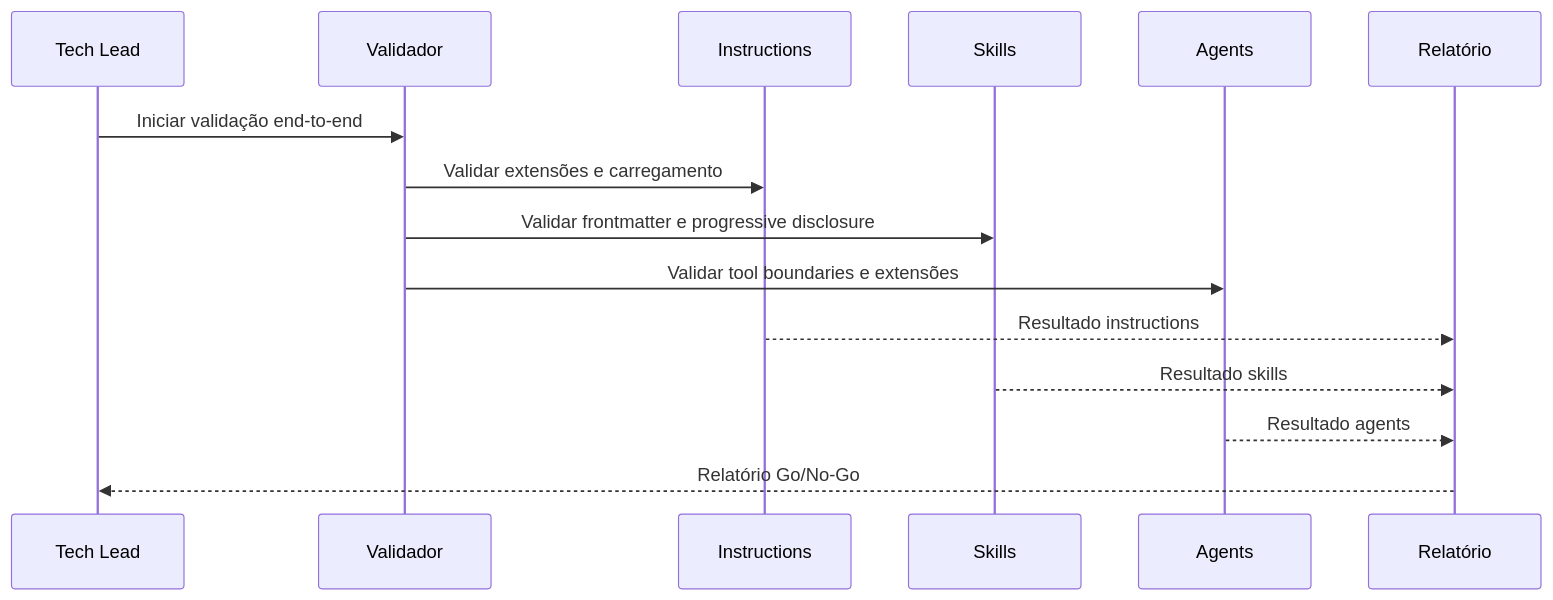
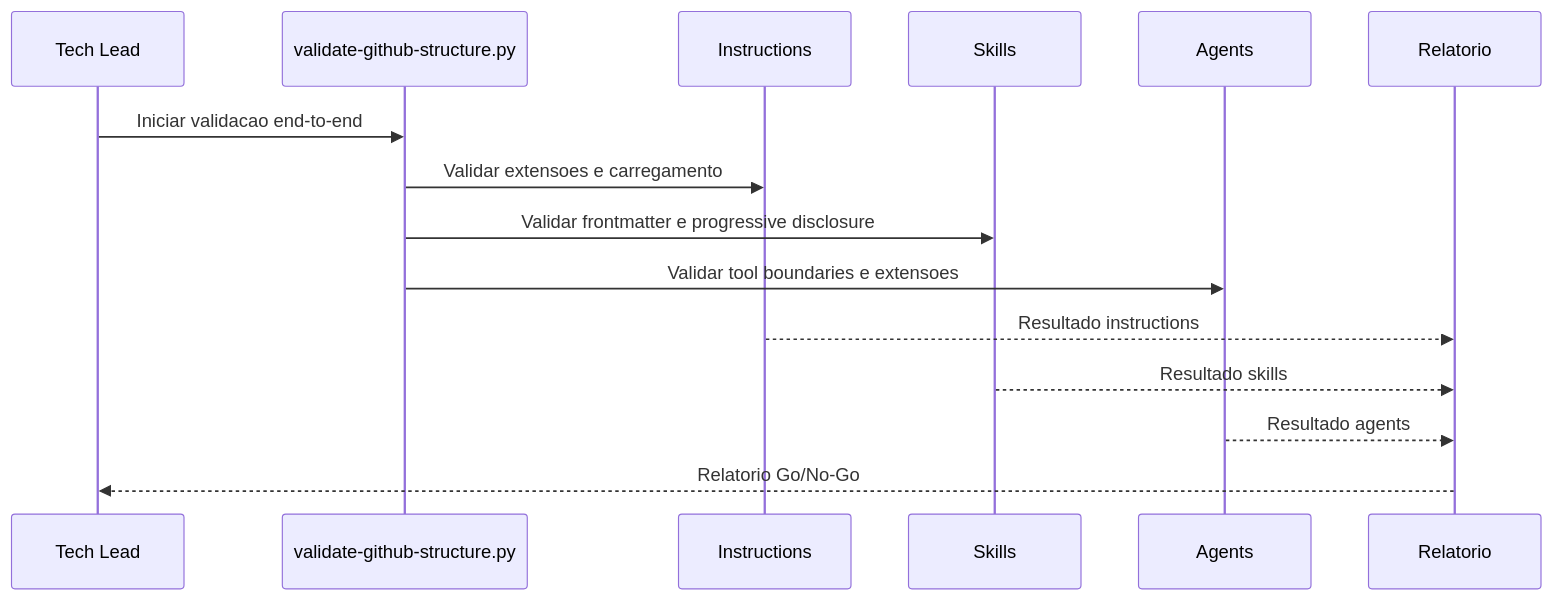
Before and after one commit to edercnj/ia-dev-environment: the second of 2 diagrams in docs/stories/github-structure/STORY-013.md, drawn with Mermaid. The commit also changed other lines of this file and 64 other files, not shown here.

````diff
--- a/docs/stories/github-structure/STORY-013.md
+++ b/docs/stories/github-structure/STORY-013.md
@@ -91,18 +147,18 @@
 ```mermaid
 sequenceDiagram
     participant TL as Tech Lead
-    participant V as Validador
+    participant V as validate-github-structure.py
     participant I as Instructions
     participant S as Skills
     participant A as Agents
-    participant R as Relatório
+    participant R as Relatorio
 
-    TL->>V: Iniciar validação end-to-end
-    V->>I: Validar extensões e carregamento
+    TL->>V: Iniciar validacao end-to-end
+    V->>I: Validar extensoes e carregamento
     V->>S: Validar frontmatter e progressive disclosure
-    V->>A: Validar tool boundaries e extensões
+    V->>A: Validar tool boundaries e extensoes
     I-->>R: Resultado instructions
     S-->>R: Resultado skills
     A-->>R: Resultado agents
-    R-->>TL: Relatório Go/No-Go
+    R-->>TL: Relatorio Go/No-Go
 ```
````
